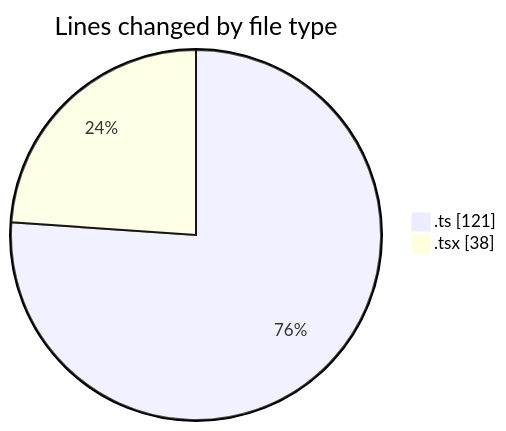
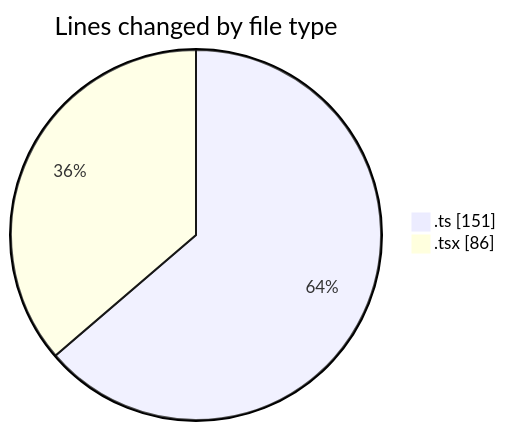
Before and after one commit to julien-gomy/code-tracking: the first of 2 diagrams in 2025-10-22/eventscop-frontend-guide__workspace_/README.md, drawn with Mermaid. The commit also changed other lines of this file and 1 other file, not shown here.

````diff
--- a/2025-10-22/eventscop-frontend-guide__workspace_/README.md
+++ b/2025-10-22/eventscop-frontend-guide__workspace_/README.md
@@ -24,6 +26,6 @@
 ```mermaid
 pie showData
 title Lines changed by file type
-".ts" : 121
-".tsx" : 38
+".ts" : 151
+".tsx" : 86
 ```
````
